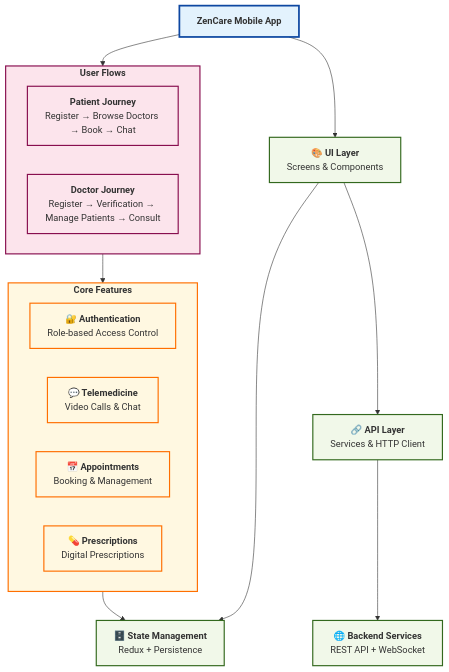
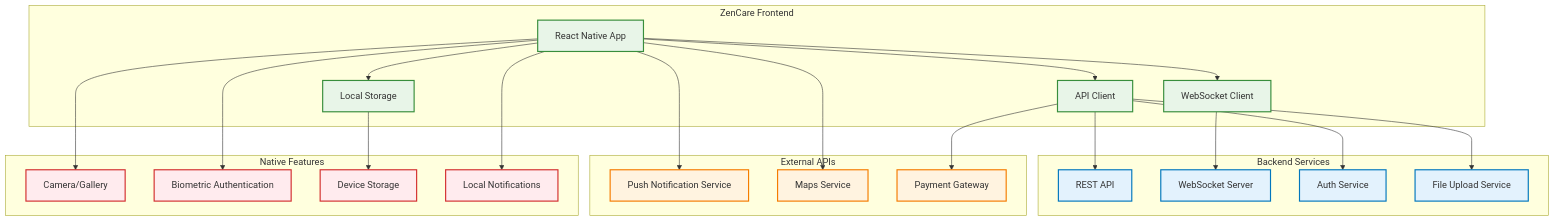
Before and after one commit to Ayat237/FS_ZenCare: diagram 13 of 15 in FRONTEND_ARCHITECTURE_MERMAID_DIAGRAMS.md, drawn with Mermaid. The commit also changed other lines of this file and 35 other files, not shown here.

````diff
--- a/FRONTEND_ARCHITECTURE_MERMAID_DIAGRAMS.md
+++ b/FRONTEND_ARCHITECTURE_MERMAID_DIAGRAMS.md
@@ -235,63 +724,57 @@
 ```mermaid
-graph TD
-    %% Main App
-    App["`**ZenCare Mobile App**`"]
-
-    %% Core Layers
-    UI["`**🎨 UI Layer**
-    Screens & Components`"]
-
-    State["`**🗄️ State Management**
-    Redux + Persistence`"]
-
-    API["`**🔗 API Layer**
-    Services & HTTP Client`"]
-
-    Backend["`**🌐 Backend Services**
-    REST API + WebSocket`"]
-
-    %% Navigation Flow
-    subgraph UserFlows ["`**User Flows**`"]
-        PatientFlow["`**Patient Journey**
-        Register → Browse Doctors → Book → Chat`"]
-
-        DoctorFlow["`**Doctor Journey**
-        Register → Verification → Manage Patients → Consult`"]
+graph TB
+    subgraph "ZenCare Frontend"
+        APP[React Native App]
+        API_CLIENT[API Client]
+        WS_CLIENT[WebSocket Client]
+        STORAGE[Local Storage]
     end
 
-    %% Key Features
-    subgraph Features ["`**Core Features**`"]
-        Auth["`**🔐 Authentication**
-        Role-based Access Control`"]
-
-        Telemedicine["`**💬 Telemedicine**
-        Video Calls & Chat`"]
-
-        Appointments["`**📅 Appointments**
-        Booking & Management`"]
-
-        Prescriptions["`**💊 Prescriptions**
-        Digital Prescriptions`"]
+    subgraph "Backend Services"
+        REST_API[REST API]
+        WS_SERVER[WebSocket Server]
+        AUTH_SERVICE[Auth Service]
+        FILE_SERVICE[File Upload Service]
     end
 
-    %% Connections
-    App --> UI
-    UI --> State
-    UI --> API
-    API --> Backend
+    subgraph "External APIs"
+        PUSH_SERVICE[Push Notification Service]
+        MAP_SERVICE[Maps Service]
+        PAYMENT_SERVICE[Payment Gateway]
+    end
 
-    App --> UserFlows
-    UserFlows --> Features
-    Features --> State
+    subgraph "Native Features"
+        CAMERA[Camera/Gallery]
+        BIOMETRIC_AUTH[Biometric Authentication]
+        LOCAL_STORAGE[Device Storage]
+        NOTIFICATIONS[Local Notifications]
+    end
 
-    %% Styling
-    classDef appStyle fill:#e3f2fd,stroke:#0d47a1,stroke-width:3px
-    classDef layerStyle fill:#f1f8e9,stroke:#33691e,stroke-width:2px
-    classDef flowStyle fill:#fce4ec,stroke:#880e4f,stroke-width:2px
-    classDef featureStyle fill:#fff8e1,stroke:#ff6f00,stroke-width:2px
+    APP --> API_CLIENT
+    APP --> WS_CLIENT
+    APP --> STORAGE
 
-    class App appStyle
-    class UI,State,API,Backend layerStyle
-    class UserFlows,PatientFlow,DoctorFlow flowStyle
-    class Features,Auth,Telemedicine,Appointments,Prescriptions featureStyle
+    API_CLIENT --> REST_API
+    WS_CLIENT --> WS_SERVER
+    API_CLIENT --> AUTH_SERVICE
+    API_CLIENT --> FILE_SERVICE
+
+    APP --> PUSH_SERVICE
+    APP --> MAP_SERVICE
+    API_CLIENT --> PAYMENT_SERVICE
+
+    APP --> CAMERA
+    APP --> BIOMETRIC_AUTH
+    STORAGE --> LOCAL_STORAGE
+    APP --> NOTIFICATIONS
+
+    classDef frontend fill:#e8f5e8,stroke:#388e3c,stroke-width:2px
+    classDef backend fill:#e3f2fd,stroke:#0277bd,stroke-width:2px
+    classDef external fill:#fff3e0,stroke:#f57c00,stroke-width:2px
+    classDef native fill:#ffebee,stroke:#d32f2f,stroke-width:2px
+
+    class APP,API_CLIENT,WS_CLIENT,STORAGE frontend
+    class REST_API,WS_SERVER,AUTH_SERVICE,FILE_SERVICE backend
+    class PUSH_SERVICE,MAP_SERVICE,PAYMENT_SERVICE external
+    class CAMERA,BIOMETRIC_AUTH,LOCAL_STORAGE,NOTIFICATIONS native
 ```
````
